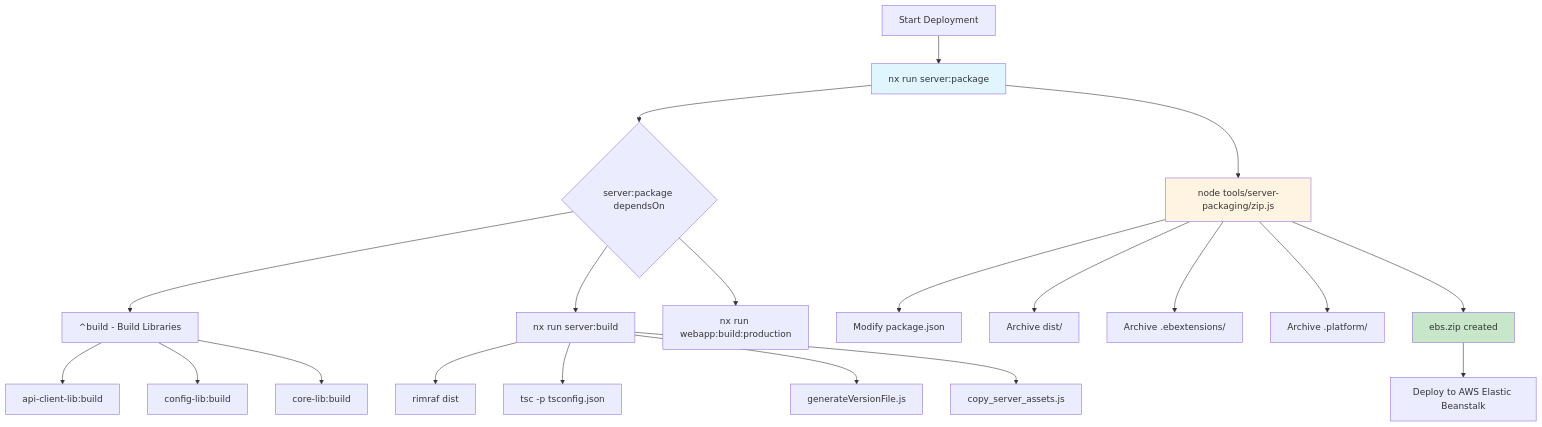
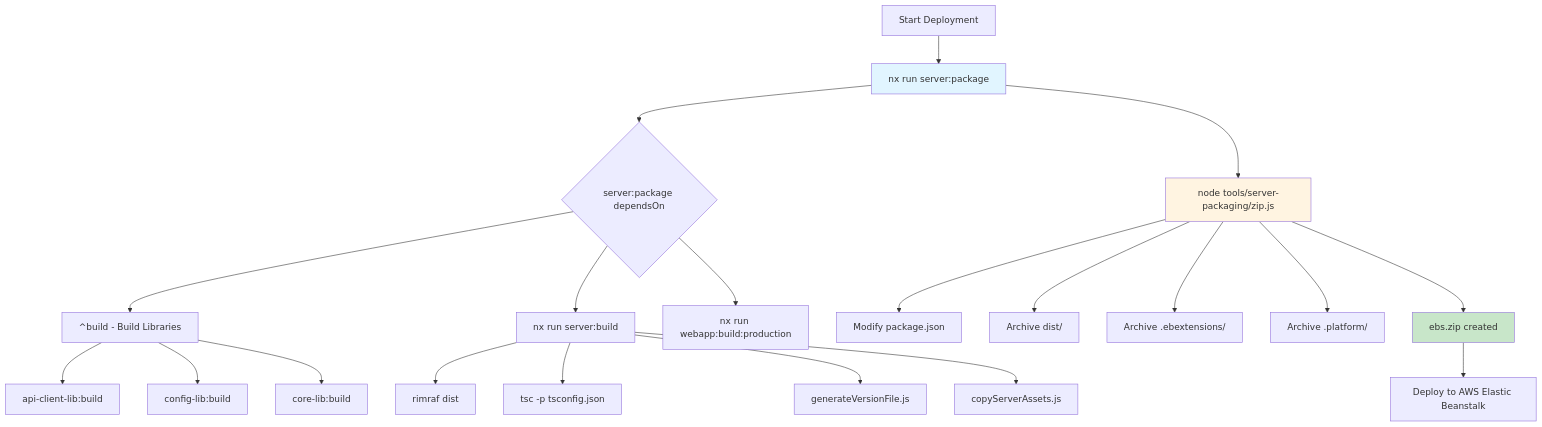
The third of 4 diagrams in docs/nx-monorepo-integration-overview.md (wireapp/wire-webapp), drawn with Mermaid before and after one commit. The commit also changed other lines of this file and 21 other files, not shown here.

````diff
--- a/docs/nx-monorepo-integration-overview.md
+++ b/docs/nx-monorepo-integration-overview.md
@@ -728,26 +728,26 @@
 ```mermaid
 graph TD
     A[Start Deployment] --> B[nx run server:package]
     B --> C{server:package dependsOn}
     C --> D[^build - Build Libraries]
     D --> D1[api-client-lib:build]
     D --> D2[config-lib:build]
     D --> D3[core-lib:build]
     C --> E[nx run server:build]
     E --> E1[rimraf dist]
     E --> E2[tsc -p tsconfig.json]
     E --> E3[generateVersionFile.js]
-    E --> E4[copy_server_assets.js]
+    E --> E4[copyServerAssets.js]
     C --> F[nx run webapp:build:production]
     B --> G[node tools/server-packaging/zip.js]
     G --> G1[Modify package.json]
     G --> G2[Archive dist/]
     G --> G3[Archive .ebextensions/]
     G --> G4[Archive .platform/]
     G --> H[ebs.zip created]
     H --> I[Deploy to AWS Elastic Beanstalk]
 
     style B fill:#e1f5ff
     style G fill:#fff4e1
     style H fill:#c8e6c9
 ```
````
